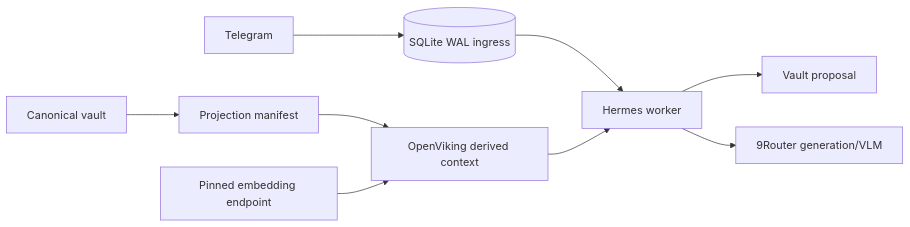
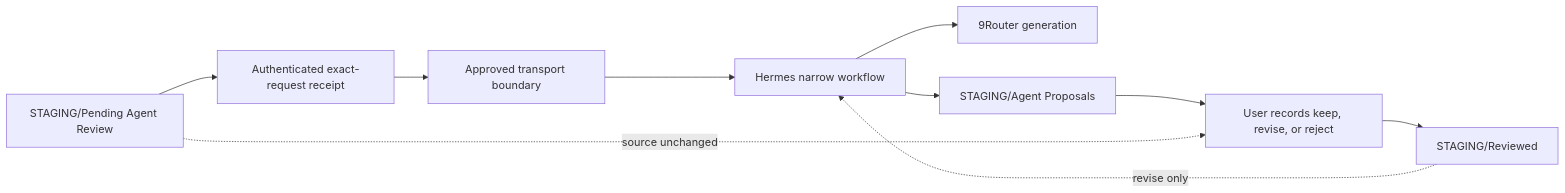
The fourth of 6 diagrams in docs/architecture/diagrams.md (tienbac2314/north-obsidian-vault), drawn with Mermaid before and after one commit. The commit also changed other lines of this file and 71 other files, not shown here.

````diff
--- a/docs/architecture/diagrams.md
+++ b/docs/architecture/diagrams.md
@@ -22,11 +55,12 @@
 ```mermaid
 flowchart LR
-    T["Telegram"] --> I[("SQLite WAL ingress")]
-    I --> H["Hermes worker"]
-    H --> P["Vault proposal"]
-    V["Canonical vault"] --> M["Projection manifest"]
-    M --> X["OpenViking derived context"]
-    X --> H
-    H --> R["9Router generation/VLM"]
-    E["Pinned embedding endpoint"] --> X
+    Q["STAGING/Pending Agent Review"] --> A["Authenticated exact-request receipt"]
+    A --> T["Approved transport boundary"]
+    T --> H["Hermes narrow workflow"]
+    H --> R["9Router generation"]
+    H --> P["STAGING/Agent Proposals"]
+    P --> U["User records keep, revise, or reject"]
+    U --> V["STAGING/Reviewed"]
+    V -. "revise only" .-> H
+    Q -. "source unchanged" .-> U
 ```
````
